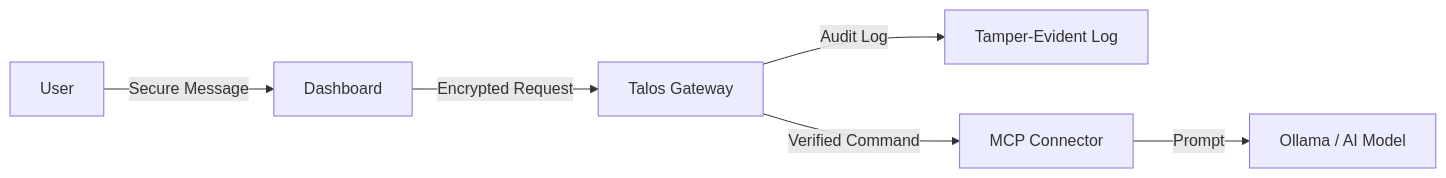
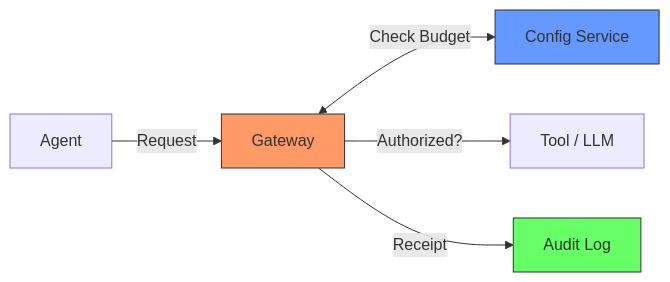
The first of 2 diagrams in architecture/simplified.md (talosprotocol/talos-docs), drawn with Mermaid before and after one commit. The commit also changed other lines of this file and 3 other files, not shown here.

````diff
--- a/architecture/simplified.md
+++ b/architecture/simplified.md
@@ -8,8 +11,11 @@
 ```mermaid
 flowchart LR
-    User -->|Secure Message| Dashboard
-    Dashboard -->|Encrypted Request| Gateway[Talos Gateway]
-    Gateway -->|Audit Log| Audit[Tamper-Evident Log]
-    Gateway -->|Verified Command| Connector[MCP Connector]
-    Connector -->|Prompt| AI[Ollama / AI Model]
+    A[Agent] -->|Request| G[Gateway]
+    G <-->|Check Budget| C[Config Service]
+    G -->|Authorized?| T[Tool / LLM]
+    G -->|Receipt| L[Audit Log]
+    
+    style G fill:#f96,stroke:#333
+    style C fill:#69f,stroke:#333
+    style L fill:#6f6,stroke:#333
 ```
````
